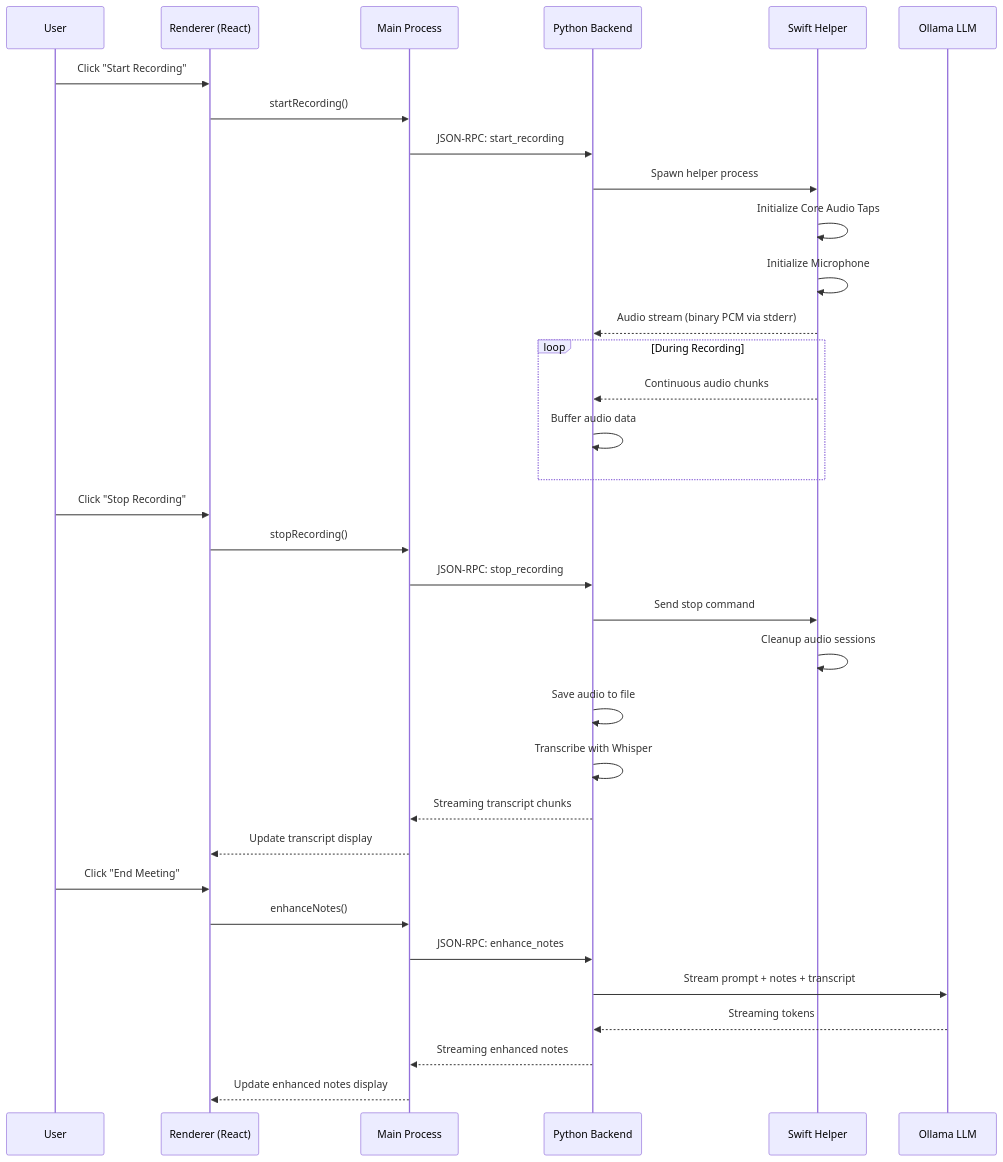
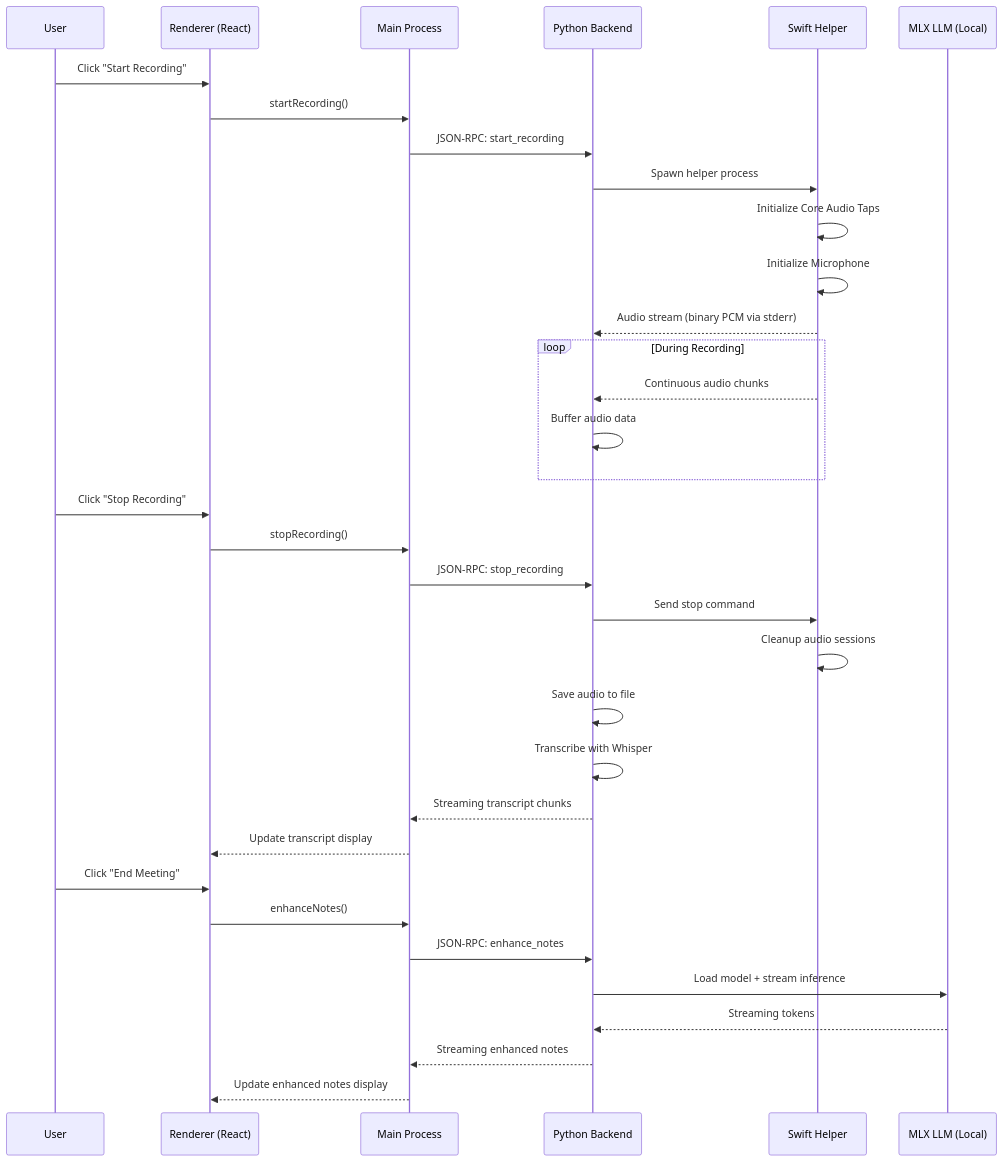
Before and after one commit to KennMackens/courier: the third of 3 diagrams in CLAUDE.md, drawn with Mermaid. The commit also changed other lines of this file and 45 other files, not shown here.

````diff
--- a/CLAUDE.md
+++ b/CLAUDE.md
@@ -160,41 +164,41 @@
 ```mermaid
 sequenceDiagram
     participant User
     participant Renderer as Renderer (React)
     participant Main as Main Process
     participant Python as Python Backend
     participant Swift as Swift Helper
-    participant Ollama as Ollama LLM
+    participant MLX as MLX LLM (Local)
 
     User->>Renderer: Click "Start Recording"
     Renderer->>Main: startRecording()
     Main->>Python: JSON-RPC: start_recording
     Python->>Swift: Spawn helper process
     Swift->>Swift: Initialize Core Audio Taps
     Swift->>Swift: Initialize Microphone
     Swift-->>Python: Audio stream (binary PCM via stderr)
 
     loop During Recording
         Swift-->>Python: Continuous audio chunks
         Python->>Python: Buffer audio data
     end
 
     User->>Renderer: Click "Stop Recording"
     Renderer->>Main: stopRecording()
     Main->>Python: JSON-RPC: stop_recording
     Python->>Swift: Send stop command
     Swift->>Swift: Cleanup audio sessions
     Python->>Python: Save audio to file
 
     Python->>Python: Transcribe with Whisper
     Python-->>Main: Streaming transcript chunks
     Main-->>Renderer: Update transcript display
 
     User->>Renderer: Click "End Meeting"
     Renderer->>Main: enhanceNotes()
     Main->>Python: JSON-RPC: enhance_notes
-    Python->>Ollama: Stream prompt + notes + transcript
-    Ollama-->>Python: Streaming tokens
+    Python->>MLX: Load model + stream inference
+    MLX-->>Python: Streaming tokens
     Python-->>Main: Streaming enhanced notes
     Main-->>Renderer: Update enhanced notes display
 ```
````
